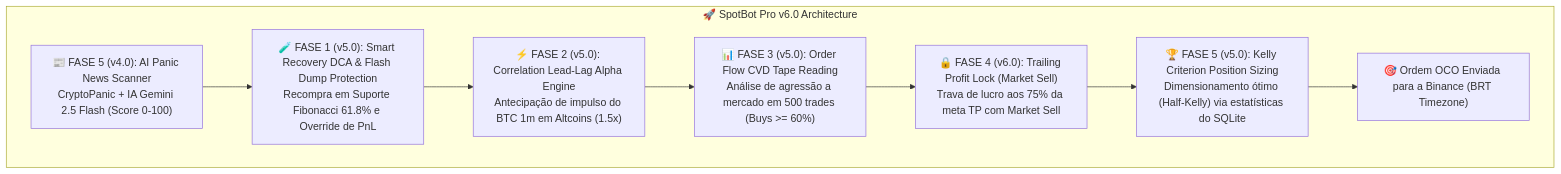
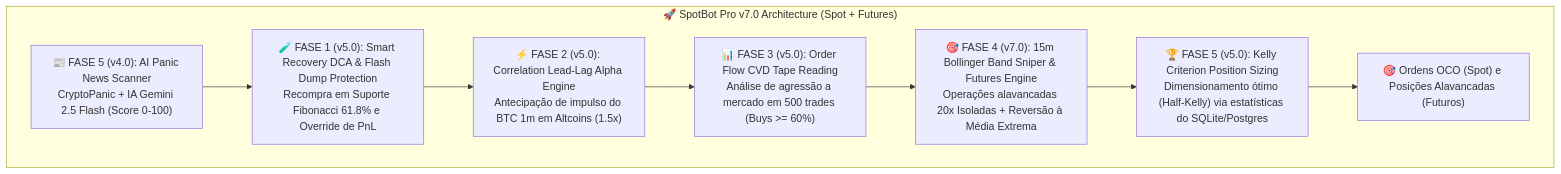
The diagram in README.md (giovannebotelho/spotbot), drawn with Mermaid before and after one commit. The commit also changed other lines of this file and 14 other files, not shown here.

Commit message:
feat: release v7.0 (HedgeFund & Futures Market Edition) - update all docs, pdfs, readme and version tags

````diff
--- a/README.md
+++ b/README.md
@@ -15,11 +15,11 @@
 ```mermaid
 graph TD
-    subgraph Quant_Engine_v6 ["🚀 SpotBot Pro v6.0 Architecture"]
+    subgraph Quant_Engine_v7 ["🚀 SpotBot Pro v7.0 Architecture (Spot + Futures)"]
         F5["📰 FASE 5 (v4.0): AI Panic News Scanner<br/>CryptoPanic + IA Gemini 2.5 Flash (Score 0-100)"] --> F1
         F1["🧪 FASE 1 (v5.0): Smart Recovery DCA & Flash Dump Protection<br/>Recompra em Suporte Fibonacci 61.8% e Override de PnL"] --> F2
         F2["⚡ FASE 2 (v5.0): Correlation Lead-Lag Alpha Engine<br/>Antecipação de impulso do BTC 1m em Altcoins (1.5x)"] --> F3
         F3["📊 FASE 3 (v5.0): Order Flow CVD Tape Reading<br/>Análise de agressão a mercado em 500 trades (Buys >= 60%)"] --> F4
-        F4["🔒 FASE 4 (v6.0): Trailing Profit Lock (Market Sell)<br/>Trava de lucro aos 75% da meta TP com Market Sell"] --> KC
-        KC["🏆 FASE 5 (v5.0): Kelly Criterion Position Sizing<br/>Dimensionamento ótimo (Half-Kelly) via estatísticas do SQLite"] --> OCO["🎯 Ordem OCO Enviada para a Binance (BRT Timezone)"]
+        F4["🎯 FASE 4 (v7.0): 15m Bollinger Band Sniper & Futures Engine<br/>Operações alavancadas 20x Isoladas + Reversão à Média Extrema"] --> KC
+        KC["🏆 FASE 5 (v5.0): Kelly Criterion Position Sizing<br/>Dimensionamento ótimo (Half-Kelly) via estatísticas do SQLite/Postgres"] --> OCO["🎯 Ordens OCO (Spot) e Posições Alavancadas (Futuros)"]
     end
 ```
````
